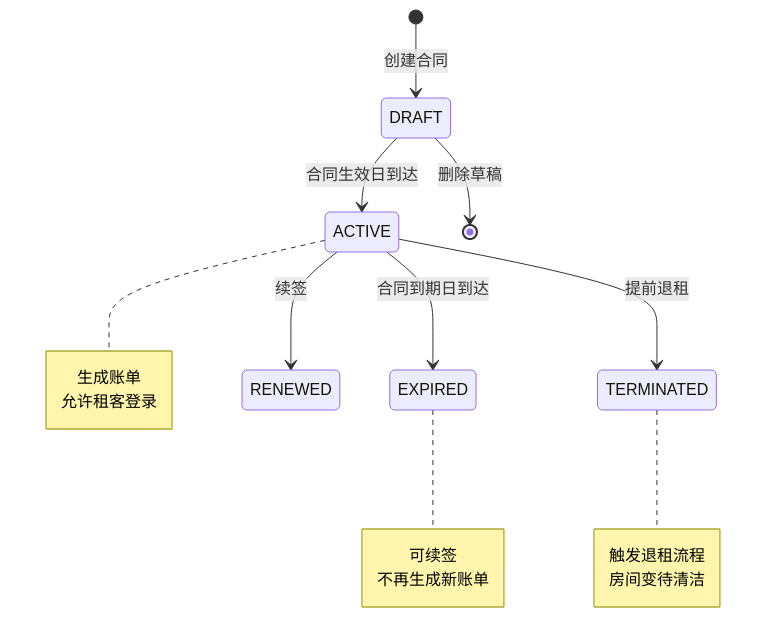
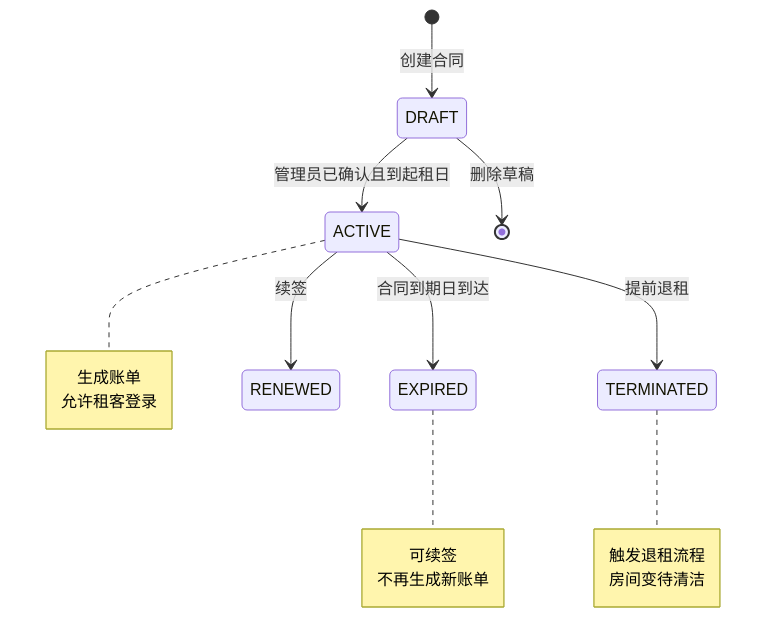
One commit to tyyt53909-create/tenant-management-system changed the second of 5 diagrams in docs/04-状态机.md. Above: the diagram before and after it, drawn with Mermaid. The commit also changed other lines of this file and 7 other files, not shown here.

````diff
--- a/docs/04-状态机.md
+++ b/docs/04-状态机.md
@@ -136,26 +136,26 @@
 ```mermaid
 stateDiagram-v2
     [*] --> DRAFT: 创建合同
     
-    DRAFT --> ACTIVE: 合同生效日到达
+    DRAFT --> ACTIVE: 管理员已确认且到起租日
     ACTIVE --> EXPIRED: 合同到期日到达
     ACTIVE --> TERMINATED: 提前退租
     ACTIVE --> RENEWED: 续签
     
     DRAFT --> [*]: 删除草稿
     
     note right of ACTIVE
         生成账单
         允许租客登录
     end note
     
     note right of EXPIRED
         可续签
         不再生成新账单
     end note
     
     note right of TERMINATED
         触发退租流程
         房间变待清洁
     end note
 ```
````
